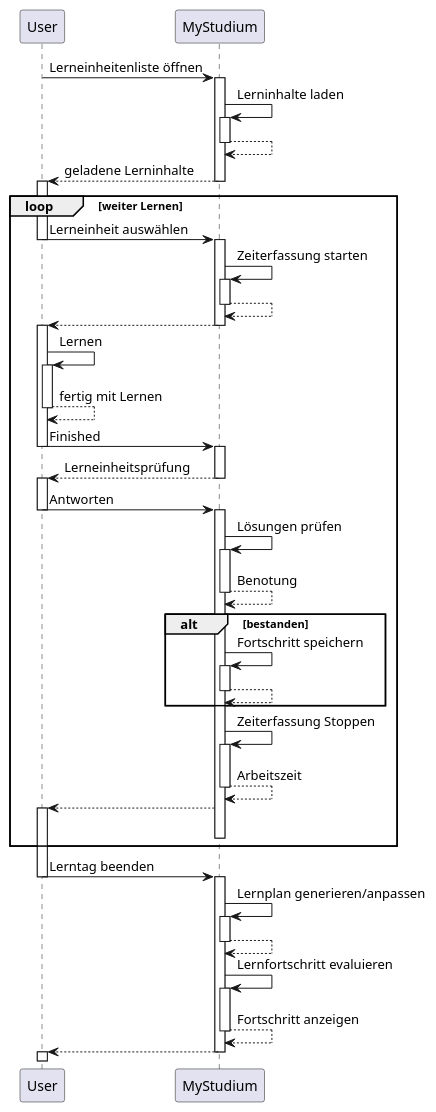
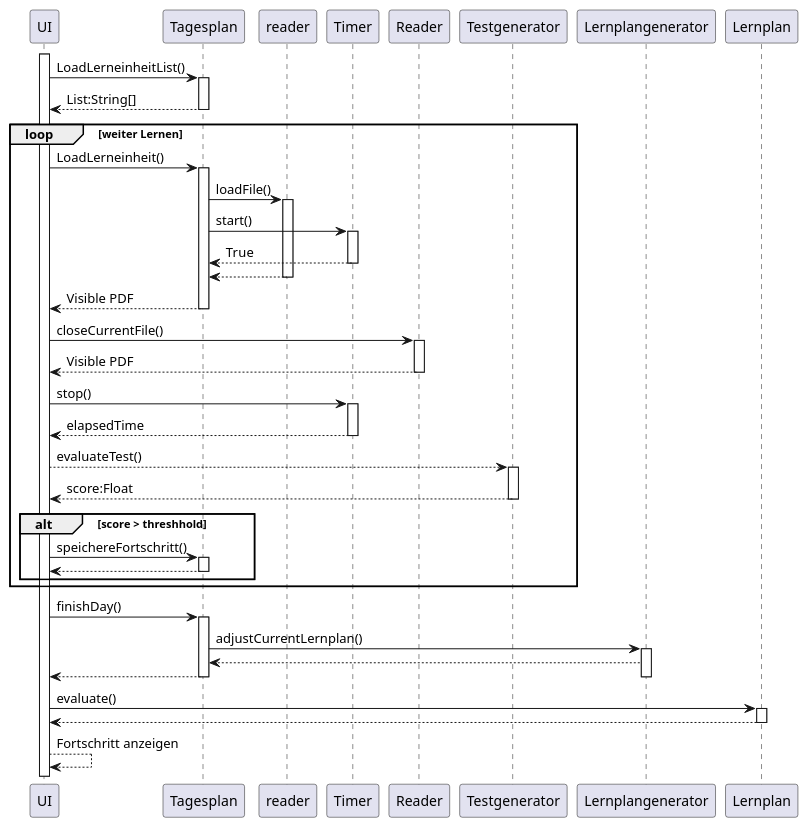
The diagram in Sequenzdiagramm_uml_ueberarbeitet.puml (BjoernMalzacher/MyStudium_SWE_Labor), drawn with PlantUML before and after one commit. The commit also changed 18 other files, not shown here.

```diff
--- a/Sequenzdiagramm_uml_ueberarbeitet.puml
+++ b/Sequenzdiagramm_uml_ueberarbeitet.puml
@@ -1,73 +1,66 @@
 @startuml Sequenz Lerneinheit absolvieren
 
-User-> MyStudium: Lerneinheitenliste öffnen
-activate MyStudium
-MyStudium -> MyStudium: Lerninhalte laden
-activate MyStudium
-MyStudium --> MyStudium
-deactivate MyStudium
-User <-- MyStudium : geladene Lerninhalte
-deactivate MyStudium
-activate User
+activate UI
+UI-> Tagesplan: LoadLerneinheitList()
+activate Tagesplan
+UI <-- Tagesplan: List:String[]
+deactivate Tagesplan
+
+
+
 loop weiter Lernen
-User -> MyStudium: Lerneinheit auswählen
-deactivate User
-activate MyStudium
-MyStudium -> MyStudium: Zeiterfassung starten
-activate MyStudium
-MyStudium --> MyStudium:
-deactivate MyStudium
-User <-- MyStudium
-deactivate MyStudium
-activate User
-User -> User: Lernen
-activate User
-User --> User: fertig mit Lernen
-deactivate User
-User -> MyStudium: Finished
-deactivate User
-activate MyStudium
-User <-- MyStudium: Lerneinheitsprüfung
-deactivate MyStudium
-activate User
 
-User -> MyStudium: Antworten
-deactivate User
-activate MyStudium
-MyStudium ->  MyStudium: Lösungen prüfen
-activate MyStudium
-MyStudium --> MyStudium: Benotung
-deactivate MyStudium
-alt bestanden
-MyStudium -> MyStudium: Fortschritt speichern
-activate MyStudium
-MyStudium --> MyStudium
-deactivate MyStudium
+UI -> Tagesplan: LoadLerneinheit()
+activate Tagesplan
+Tagesplan ->reader: loadFile()
+activate reader
+Tagesplan -> Timer: start()
+activate Timer
+Timer --> Tagesplan:True
+deactivate Timer
+Tagesplan <-- reader:
+deactivate reader
+UI <--- Tagesplan: Visible PDF
+deactivate Tagesplan
+UI -> Reader: closeCurrentFile()
+activate Reader
+
+UI <-- Reader: Visible PDF
+deactivate Reader
+UI -> Timer: stop()
+activate Timer
+UI <-- Timer: elapsedTime
+deactivate Timer
+UI -->Testgenerator: evaluateTest()
+activate Testgenerator
+UI<-- Testgenerator: score:Float
+deactivate Testgenerator
+
+
+alt score > threshhold
+UI -> Tagesplan: speichereFortschritt()
+activate Tagesplan
+UI <-- Tagesplan
+deactivate Tagesplan
+end
 
 end
+UI -> Tagesplan: finishDay()
+activate Tagesplan
+Tagesplan -> Lernplangenerator: adjustCurrentLernplan()
+activate Lernplangenerator
+Tagesplan <-- Lernplangenerator
+UI <-- Tagesplan
+deactivate Tagesplan
 
-MyStudium -> MyStudium: Zeiterfassung Stoppen
-activate MyStudium
-MyStudium --> MyStudium: Arbeitszeit
-deactivate MyStudium
-User <-- MyStudium
-activate User
-deactivate MyStudium
-end
-User -> MyStudium: Lerntag beenden
-deactivate User
-activate MyStudium
-MyStudium -> MyStudium: Lernplan generieren/anpassen
-activate MyStudium
-MyStudium --> MyStudium
-deactivate MyStudium
-MyStudium -> MyStudium: Lernfortschritt evaluieren
-activate MyStudium
-MyStudium --> MyStudium: Fortschritt anzeigen
-deactivate MyStudium
-User <-- MyStudium
-deactivate MyStudium
-activate User
+deactivate Lernplangenerator
+UI -> Lernplan: evaluate()
+activate Lernplan
+Lernplan --> UI
+deactivate Lernplan
+UI --> UI: Fortschritt anzeigen
+
+
 
 
 @enduml
```
